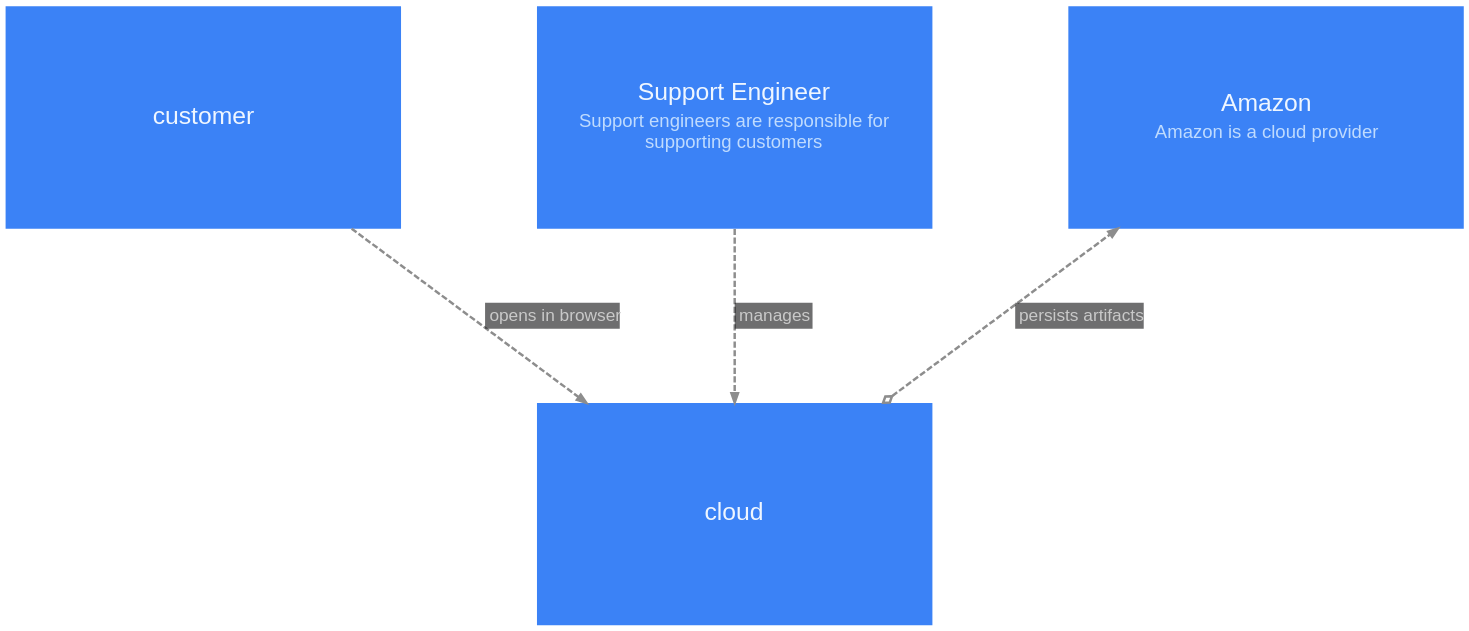
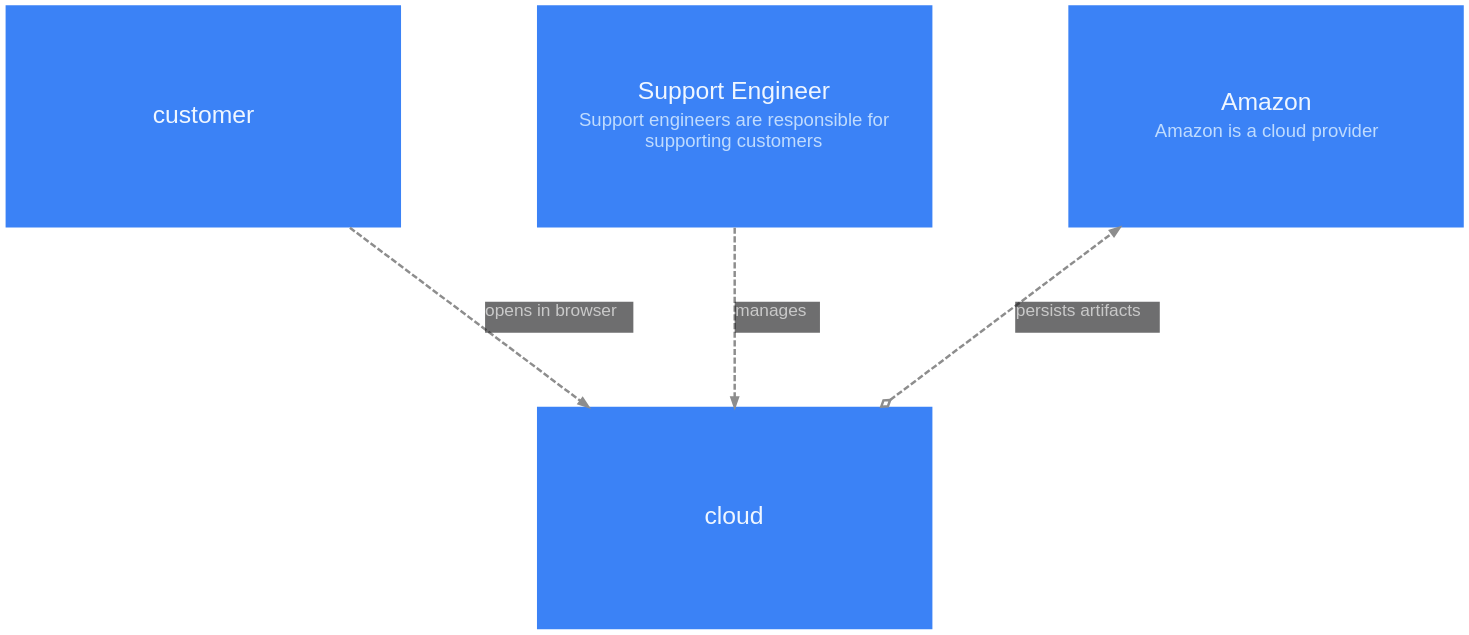
The diagram in packages/layouts/src/graphviz/__snapshots__/ElementViewPrinter-index.dot (likec4/likec4), drawn with Graphviz before and after one commit. The commit also changed 82 other files, not shown here.

First line of the commit message:
feat: measure relationship labels and elements with the diagram font (#3494)

```diff
--- a/packages/layouts/src/graphviz/__snapshots__/ElementViewPrinter-index.dot
+++ b/packages/layouts/src/graphviz/__snapshots__/ElementViewPrinter-index.dot
@@ -1,87 +1,91 @@
 digraph {
   likec4_viewId = "index";
   bgcolor = "transparent";
   layout = "dot";
   compound = true;
   rankdir = "TB";
   TBbalance = "min";
   splines = "spline";
   outputorder = "nodesfirst";
   nodesep = 1.528;
   ranksep = 1.667;
   pad = 0.209;
   fontname = "Arial";
   graph [
     fontsize = 20;
     labeljust = "l";
     labelloc = "t";
     margin = 50.1;
   ];
   edge [
     arrowsize = 0.75;
     fontname = "Arial";
     fontsize = 14;
     penwidth = 2;
     color = "#8D8D8D";
     fontcolor = "#C9C9C9";
     style = "dashed";
   ];
   node [
     fontname = "Arial";
     shape = "rect";
     fillcolor = "#3b82f6";
     fontcolor = "#eff6ff";
     color = "#2563eb";
     style = "filled";
     penwidth = 0;
   ];
   "customer" [
     likec4_id = "customer";
     likec4_level = 0;
     label = <<FONT POINT-SIZE="20">customer</FONT>>;
     margin = "0.223,0.223";
     width = 4.445;
     height = 2.5;
+    fixedsize = true;
   ];
   "support" [
     likec4_id = "support";
     likec4_level = 0;
     label = <<TABLE BORDER="0" CELLPADDING="0" CELLSPACING="4"><TR><TD><FONT POINT-SIZE="20">Support Engineer</FONT></TD></TR><TR><TD><FONT POINT-SIZE="15" COLOR="#bfdbfe">Support engineers are responsible for<BR/>supporting customers</FONT></TD></TR></TABLE>>;
     margin = "0.223,0.223";
     width = 4.445;
     height = 2.5;
+    fixedsize = true;
   ];
   "cloud" [
     likec4_id = "cloud";
     likec4_level = 0;
     label = <<FONT POINT-SIZE="20">cloud</FONT>>;
     margin = "0.223,0.223";
     width = 4.445;
     height = 2.5;
+    fixedsize = true;
   ];
   "amazon" [
     likec4_id = "amazon";
     likec4_level = 0;
     label = <<TABLE BORDER="0" CELLPADDING="0" CELLSPACING="4"><TR><TD><FONT POINT-SIZE="20">Amazon</FONT></TD></TR><TR><TD><FONT POINT-SIZE="15" COLOR="#bfdbfe">Amazon is a cloud provider</FONT></TD></TR></TABLE>>;
     margin = "0.223,0.223";
     width = 4.445;
     height = 2.5;
+    fixedsize = true;
   ];
   "cloud" -> "amazon" [
     likec4_id = "cloud:amazon";
-    label = <<TABLE BORDER="0" CELLPADDING="3" CELLSPACING="0" BGCOLOR="#18191BA0"><TR><TD ALIGN="TEXT" BALIGN="LEFT"><FONT POINT-SIZE="14">persists artifacts</FONT></TD></TR></TABLE>>;
+    label = <<TABLE FIXEDSIZE="TRUE" WIDTH="117" HEIGHT="25" BORDER="0" CELLPADDING="0" CELLSPACING="0" BGCOLOR="#18191BA0"><TR><TD ALIGN="TEXT" BALIGN="LEFT"><FONT POINT-SIZE="14">persists artifacts</FONT></TD></TR></TABLE>>;
     arrowhead = "normal";
     arrowtail = "odiamond";
     dir = "both";
   ];
   "customer" -> "cloud" [
     likec4_id = "customer:cloud";
-    label = <<TABLE BORDER="0" CELLPADDING="3" CELLSPACING="0" BGCOLOR="#18191BA0"><TR><TD ALIGN="TEXT" BALIGN="LEFT"><FONT POINT-SIZE="14">opens in browser</FONT></TD></TR></TABLE>>;
+    label = <<TABLE FIXEDSIZE="TRUE" WIDTH="120" HEIGHT="25" BORDER="0" CELLPADDING="0" CELLSPACING="0" BGCOLOR="#18191BA0"><TR><TD ALIGN="TEXT" BALIGN="LEFT"><FONT POINT-SIZE="14">opens in browser</FONT></TD></TR></TABLE>>;
     arrowhead = "normal";
   ];
   "support" -> "cloud" [
     likec4_id = "support:cloud";
-    label = <<TABLE BORDER="0" CELLPADDING="3" CELLSPACING="0" BGCOLOR="#18191BA0"><TR><TD ALIGN="TEXT" BALIGN="LEFT"><FONT POINT-SIZE="14">manages</FONT></TD></TR></TABLE>>;
+    label = <<TABLE FIXEDSIZE="TRUE" WIDTH="69" HEIGHT="25" BORDER="0" CELLPADDING="0" CELLSPACING="0" BGCOLOR="#18191BA0"><TR><TD ALIGN="TEXT" BALIGN="LEFT"><FONT POINT-SIZE="14">manages</FONT></TD></TR></TABLE>>;
     arrowhead = "normal";
   ];
 }
```
